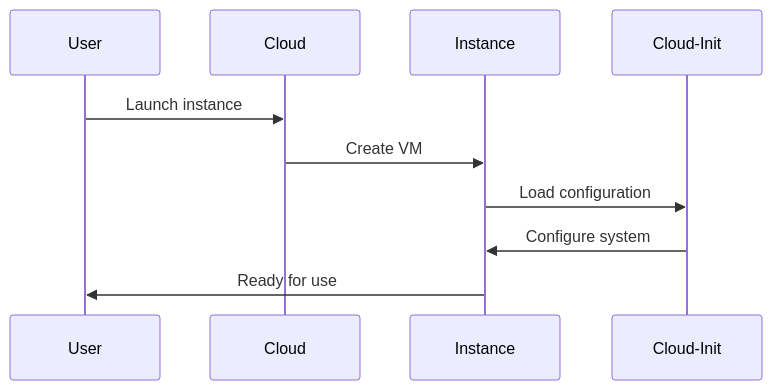
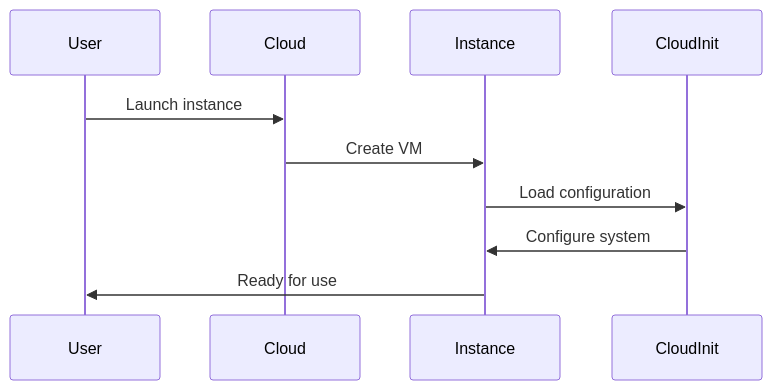
The third of 3 diagrams in README.md (rbcmgs/cloud-init-library), drawn with Mermaid before and after one commit. The commit also changed other lines of this file, not shown here.

Commit message:
Update README.md to replace 'graph' with 'flowchart' in Mermaid diagrams and improve participant naming in sequence diagram

````diff
--- a/README.md
+++ b/README.md
@@ -60,12 +60,12 @@
 ```mermaid
 sequenceDiagram
-  participant User
-  participant Cloud
-  participant Instance
-  participant Cloud-Init
-  User->>Cloud: Launch instance
-  Cloud->>Instance: Create VM
-  Instance->>Cloud-Init: Load configuration
-  Cloud-Init->>Instance: Configure system
-  Instance->>User: Ready for use
+    participant User
+    participant Cloud
+    participant Instance
+    participant CloudInit
+    User->>Cloud: Launch instance
+    Cloud->>Instance: Create VM
+    Instance->>CloudInit: Load configuration
+    CloudInit->>Instance: Configure system
+    Instance->>User: Ready for use
 ```
````
